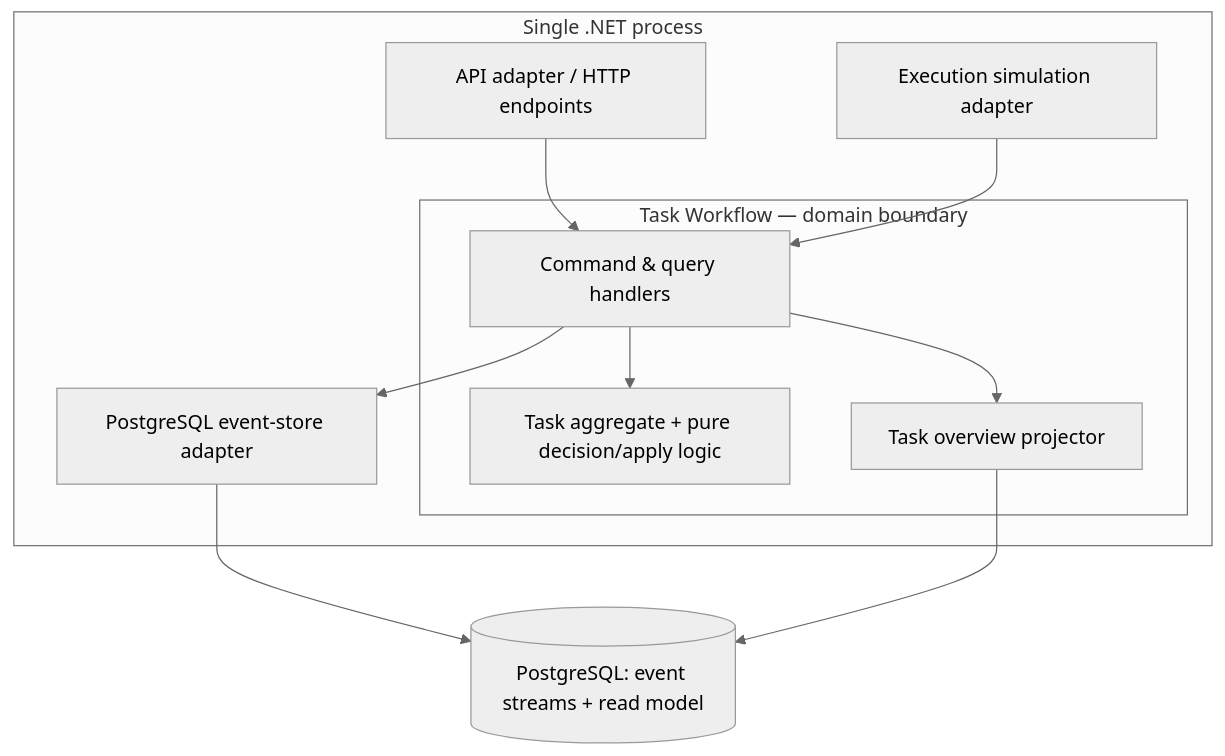
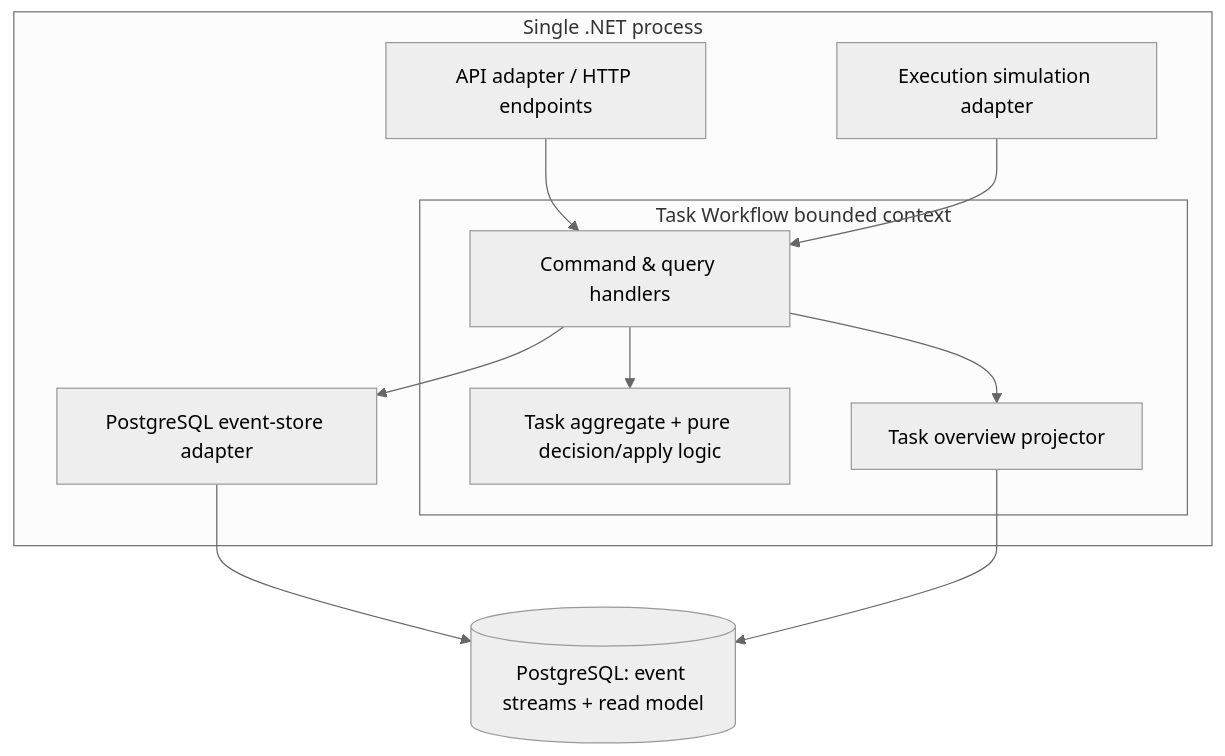
Before and after one commit to FarazLoloei/eventforge-event-sourcing-demo: the first of 2 diagrams in docs/architecture.md, drawn with Mermaid (neutral theme). The commit also changed other lines of this file, not shown here.

Commit message:
docs(architecture): correct sequence diagrams [EVF-10]

````diff
--- a/docs/architecture.md
+++ b/docs/architecture.md
@@ -29,20 +29,20 @@
 ```mermaid
 flowchart TB
     subgraph Process[Single .NET process]
         API[API adapter / HTTP endpoints]
         Simulator[Execution simulation adapter]
-        subgraph Workflow[Task Workflow — domain boundary]
+        subgraph Workflow[Task Workflow bounded context]
             Handlers[Command & query handlers]
             Aggregate[Task aggregate + pure decision/apply logic]
             Projection[Task overview projector]
         end
         Infra[PostgreSQL event-store adapter]
     end
     API --> Handlers
     Simulator --> Handlers
     Handlers --> Aggregate
     Handlers --> Projection
     Handlers --> Infra
     Infra --> PG[(PostgreSQL: event streams + read model)]
     Projection --> PG
 ```
````
